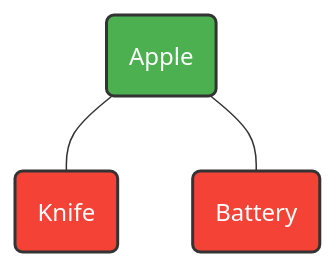
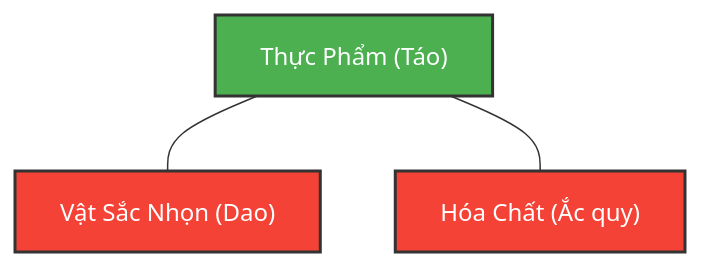
Before and after one commit to vesviet/vesviet: the first of 2 diagrams in content/series/ecommerce-order-allocation/part-9-order-splitting-graph-coloring-opa.md, drawn with Mermaid. The commit also changed other lines of this file and 96 other files, not shown here.

````diff
--- a/content/series/ecommerce-order-allocation/part-9-order-splitting-graph-coloring-opa.md
+++ b/content/series/ecommerce-order-allocation/part-9-order-splitting-graph-coloring-opa.md
@@ -52,9 +62,9 @@
 ```mermaid
 graph TD
-    A("Apple") --- K("Knife")
-    A --- B("Battery")
+    A["Thực Phẩm (Táo)"] --- K["Vật Sắc Nhọn (Dao)"]
+    A --- B["Hóa Chất (Ắc quy)"]
     
     style A fill:#4CAF50,stroke:#333,stroke-width:2px,color:#fff
     style K fill:#F44336,stroke:#333,stroke-width:2px,color:#fff
     style B fill:#F44336,stroke:#333,stroke-width:2px,color:#fff
 ```
````
